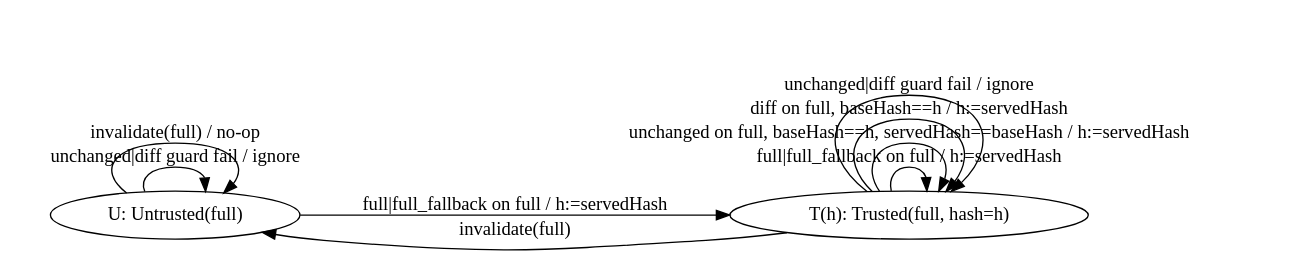
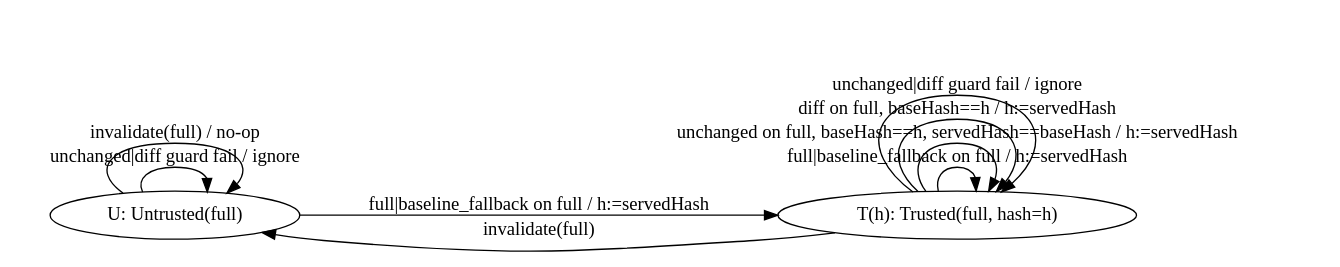
The first of 2 diagrams in IMPLEMENTATION_SPEC.md (Gurpartap/pi-readcache), drawn with Graphviz before and after one commit. The commit also changed other lines of this file and 5 other files, not shown here.

````diff
--- a/IMPLEMENTATION_SPEC.md
+++ b/IMPLEMENTATION_SPEC.md
@@ -380,20 +380,20 @@
 ```dot
 digraph FullScopeTrust {
   rankdir=LR;
   node [shape=ellipse];
 
   U [label="U: Untrusted(full)"];
   T [label="T(h): Trusted(full, hash=h)"];
 
-  U -> T [label="full|full_fallback on full / h:=servedHash"];
+  U -> T [label="full|baseline_fallback on full / h:=servedHash"];
   U -> U [label="unchanged|diff guard fail / ignore"];
 
-  T -> T [label="full|full_fallback on full / h:=servedHash"];
+  T -> T [label="full|baseline_fallback on full / h:=servedHash"];
   T -> T [label="unchanged on full, baseHash==h, servedHash==baseHash / h:=servedHash"];
   T -> T [label="diff on full, baseHash==h / h:=servedHash"];
   T -> T [label="unchanged|diff guard fail / ignore"];
 
   T -> U [label="invalidate(full)"];
   U -> U [label="invalidate(full) / no-op"];
 }
 ```
````
